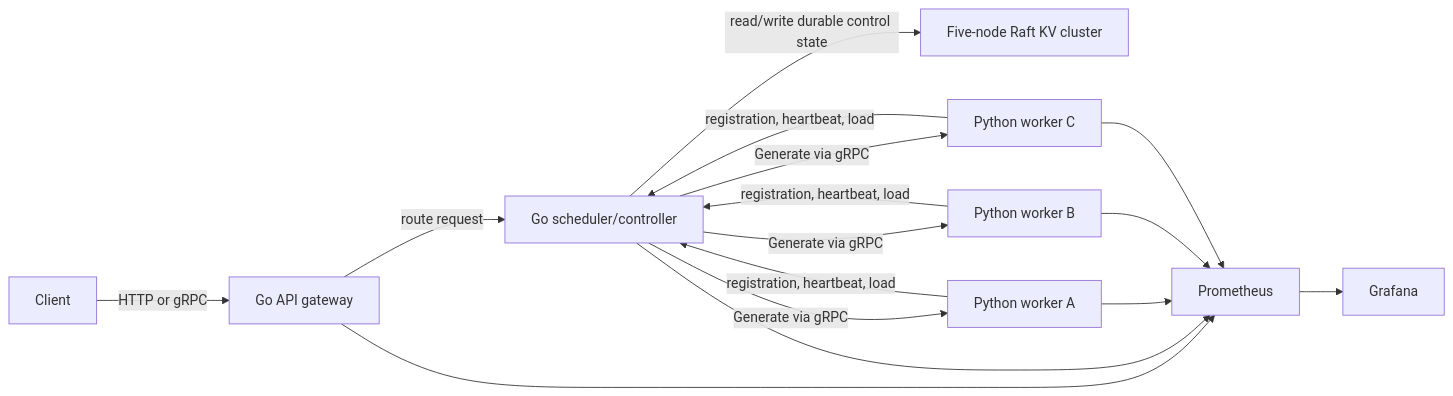
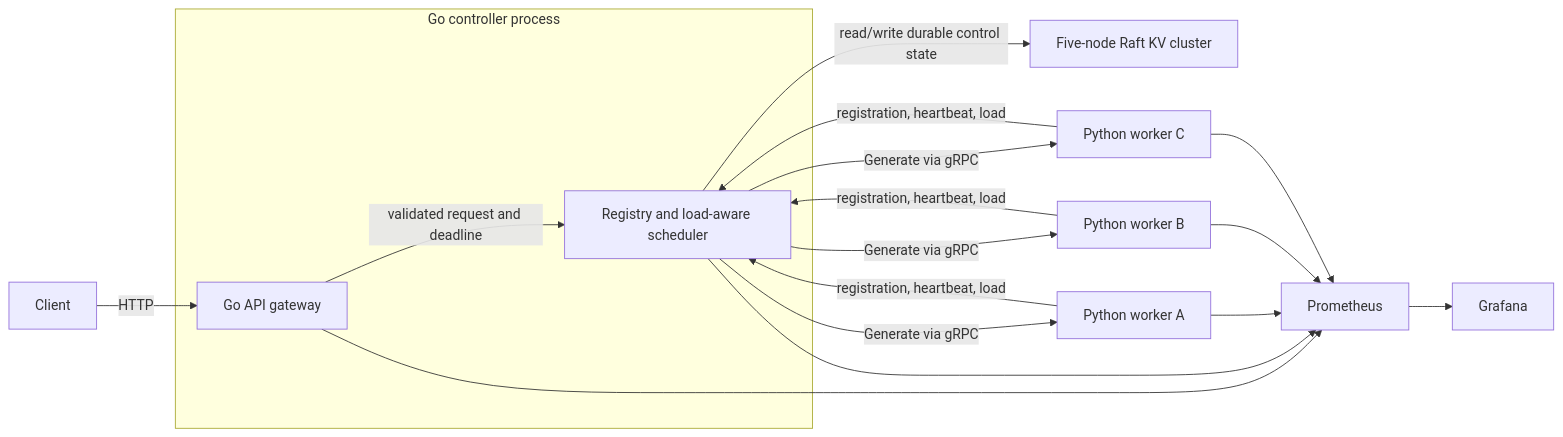
Before and after one commit to jiholee5217/distributed-llm-inference-platform: the diagram in README.md, drawn with Mermaid. The commit also changed other lines of this file and 54 other files, not shown here.

````diff
--- a/README.md
+++ b/README.md
@@ -48,18 +50,21 @@
 ```mermaid
 flowchart LR
-    C["Client"] -->|"HTTP or gRPC"| G["Go API gateway"]
-    G -->|"route request"| S["Go scheduler/controller"]
+    C["Client"]
+    subgraph CP["Go controller process"]
+        G["Go API gateway"] -->|"validated request and deadline"| S["Registry and load-aware scheduler"]
+    end
+    C -->|"HTTP"| G
     S -->|"read/write durable control state"| K["Five-node Raft KV cluster"]
     S -->|"Generate via gRPC"| W1["Python worker A"]
     S -->|"Generate via gRPC"| W2["Python worker B"]
     S -->|"Generate via gRPC"| W3["Python worker C"]
     W1 -->|"registration, heartbeat, load"| S
     W2 -->|"registration, heartbeat, load"| S
     W3 -->|"registration, heartbeat, load"| S
     G --> M["Prometheus"]
     S --> M
     W1 --> M
     W2 --> M
     W3 --> M
     M --> D["Grafana"]
 ```
````
